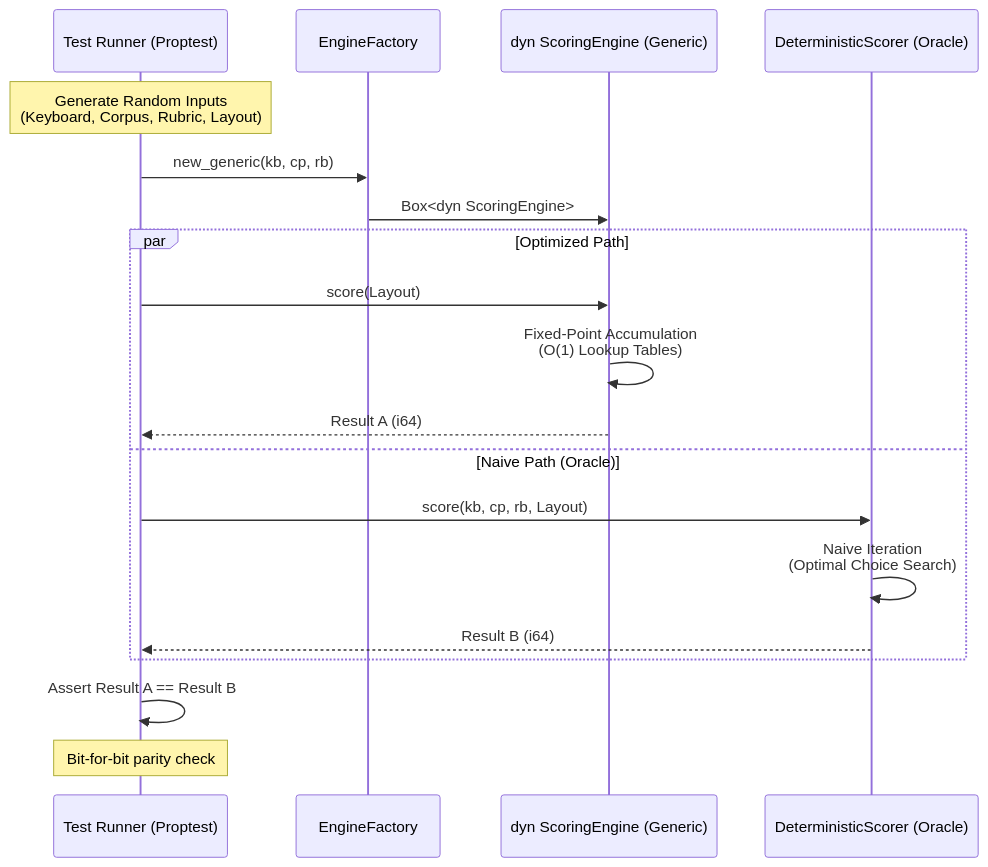
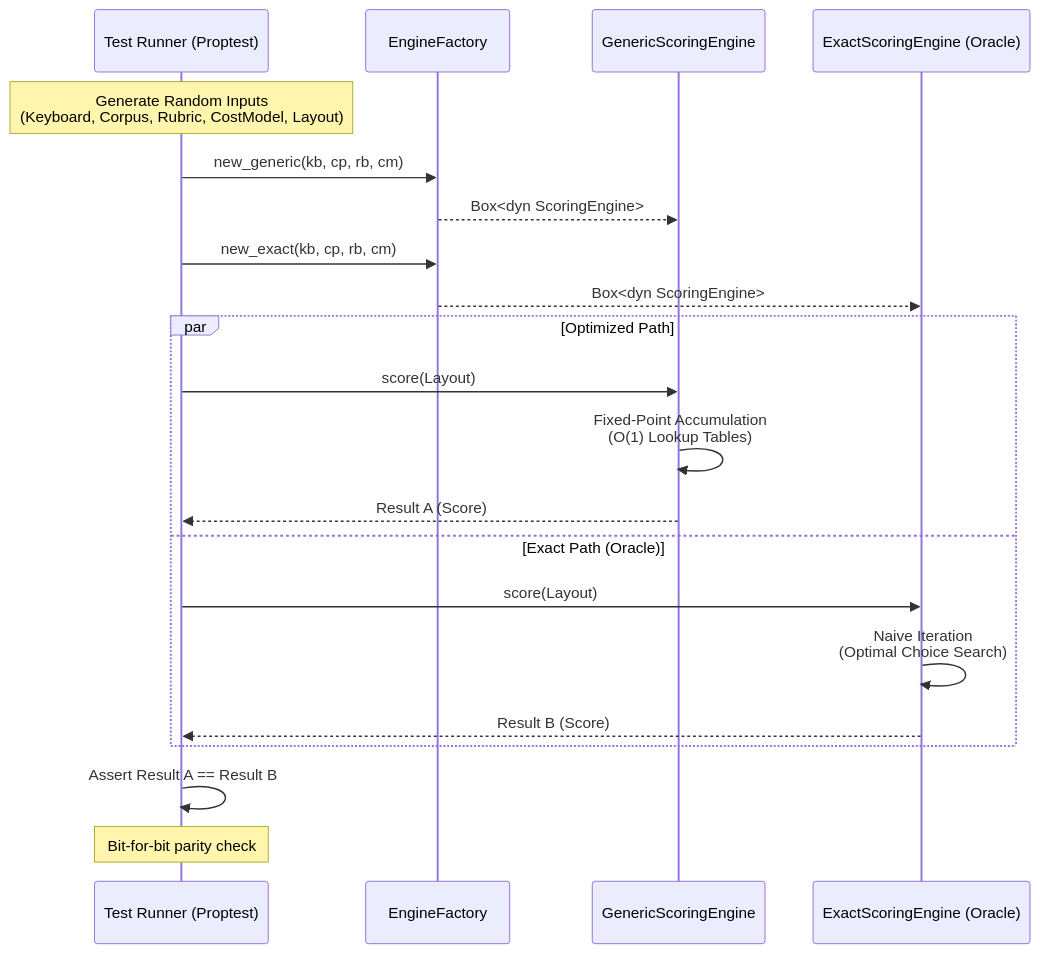
One commit to infodungeon/keyforge changed the third of 4 diagrams in docs/design/keyforge-physics/README.md. Above: the diagram before and after it, drawn with Mermaid. The commit also changed other lines of this file and 82 other files, not shown here.

````diff
--- a/docs/design/keyforge-physics/README.md
+++ b/docs/design/keyforge-physics/README.md
@@ -39,25 +78,27 @@
 ```mermaid
 sequenceDiagram
     participant T as Test Runner (Proptest)
     participant F as EngineFactory
-    participant E as dyn ScoringEngine (Generic)
-    participant O as DeterministicScorer (Oracle)
+    participant G as GenericScoringEngine
+    participant E as ExactScoringEngine (Oracle)
 
-    Note over T: Generate Random Inputs<br/>(Keyboard, Corpus, Rubric, Layout)
+    Note over T: Generate Random Inputs<br/>(Keyboard, Corpus, Rubric, CostModel, Layout)
 
-    T->>F: new_generic(kb, cp, rb)
-    F->>E: Box<dyn ScoringEngine>
+    T->>F: new_generic(kb, cp, rb, cm)
+    F-->>G: Box<dyn ScoringEngine>
+    T->>F: new_exact(kb, cp, rb, cm)
+    F-->>E: Box<dyn ScoringEngine>
     
     par Optimized Path
+        T->>G: score(Layout)
+        G->>G: Fixed-Point Accumulation<br/>(O(1) Lookup Tables)
+        G-->>T: Result A (Score)
+    and Exact Path (Oracle)
         T->>E: score(Layout)
-        E->>E: Fixed-Point Accumulation<br/>(O(1) Lookup Tables)
-        E-->>T: Result A (i64)
-    and Naive Path (Oracle)
-        T->>O: score(kb, cp, rb, Layout)
-        O->>O: Naive Iteration<br/>(Optimal Choice Search)
-        O-->>T: Result B (i64)
+        E->>E: Naive Iteration<br/>(Optimal Choice Search)
+        E-->>T: Result B (Score)
     end
 
     T->>T: Assert Result A == Result B
     Note over T: Bit-for-bit parity check
 ```
````
